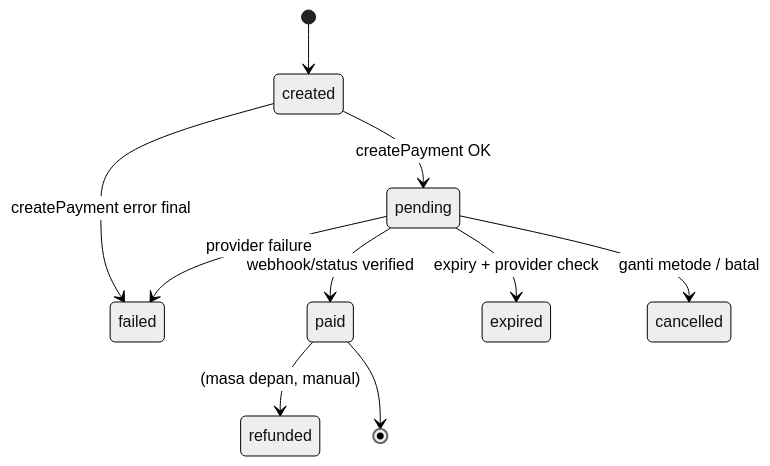
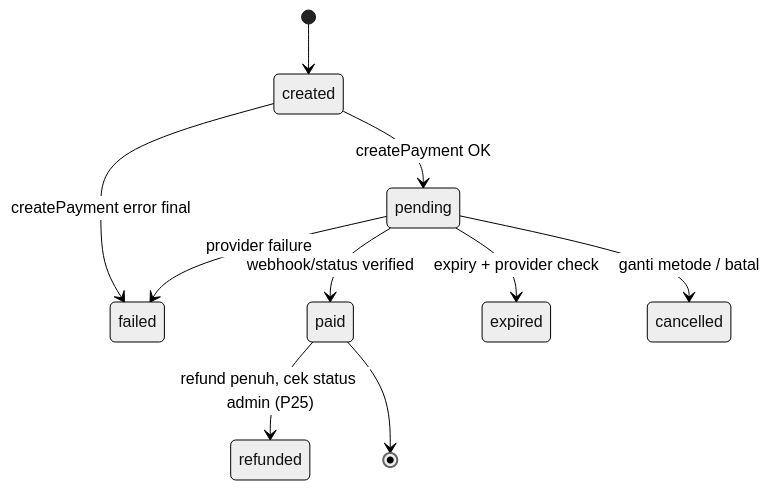
Before and after one commit to irfan-cnt/donasi: the diagram in docs/03-technical/payment-architecture.md, drawn with Mermaid (neutral theme). The commit also changed other lines of this file and 97 other files, not shown here.

````diff
--- a/docs/03-technical/payment-architecture.md
+++ b/docs/03-technical/payment-architecture.md
@@ -137,12 +137,12 @@
 ```mermaid
 stateDiagram-v2
   [*] --> created
   created --> pending: createPayment OK
   created --> failed: createPayment error final
   pending --> paid: webhook/status verified
   pending --> expired: expiry + provider check
   pending --> failed: provider failure
   pending --> cancelled: ganti metode / batal
-  paid --> refunded: (masa depan, manual)
+  paid --> refunded: refund penuh, cek status admin (P25)
   paid --> [*]
 ```
````
